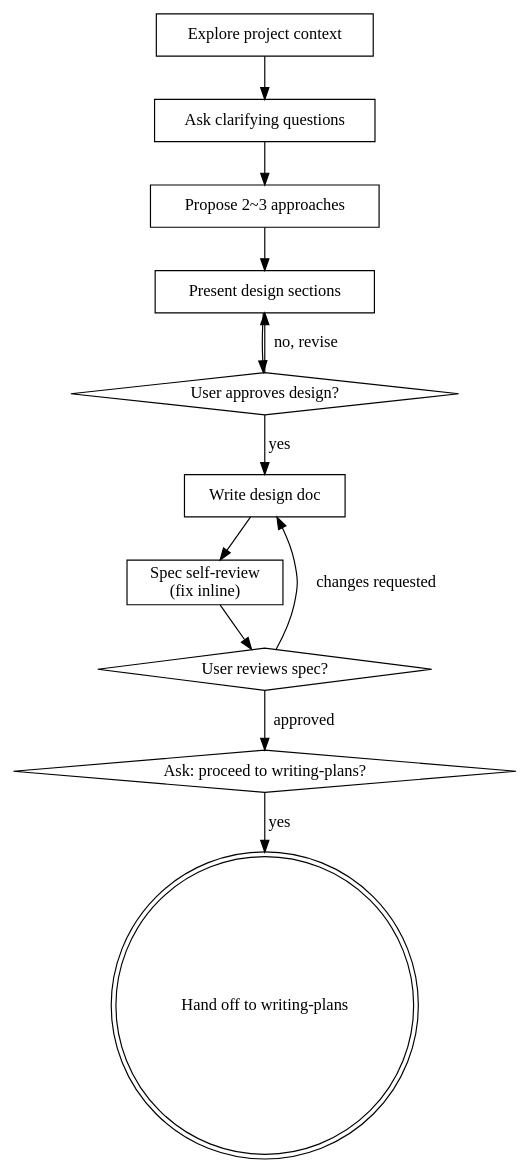
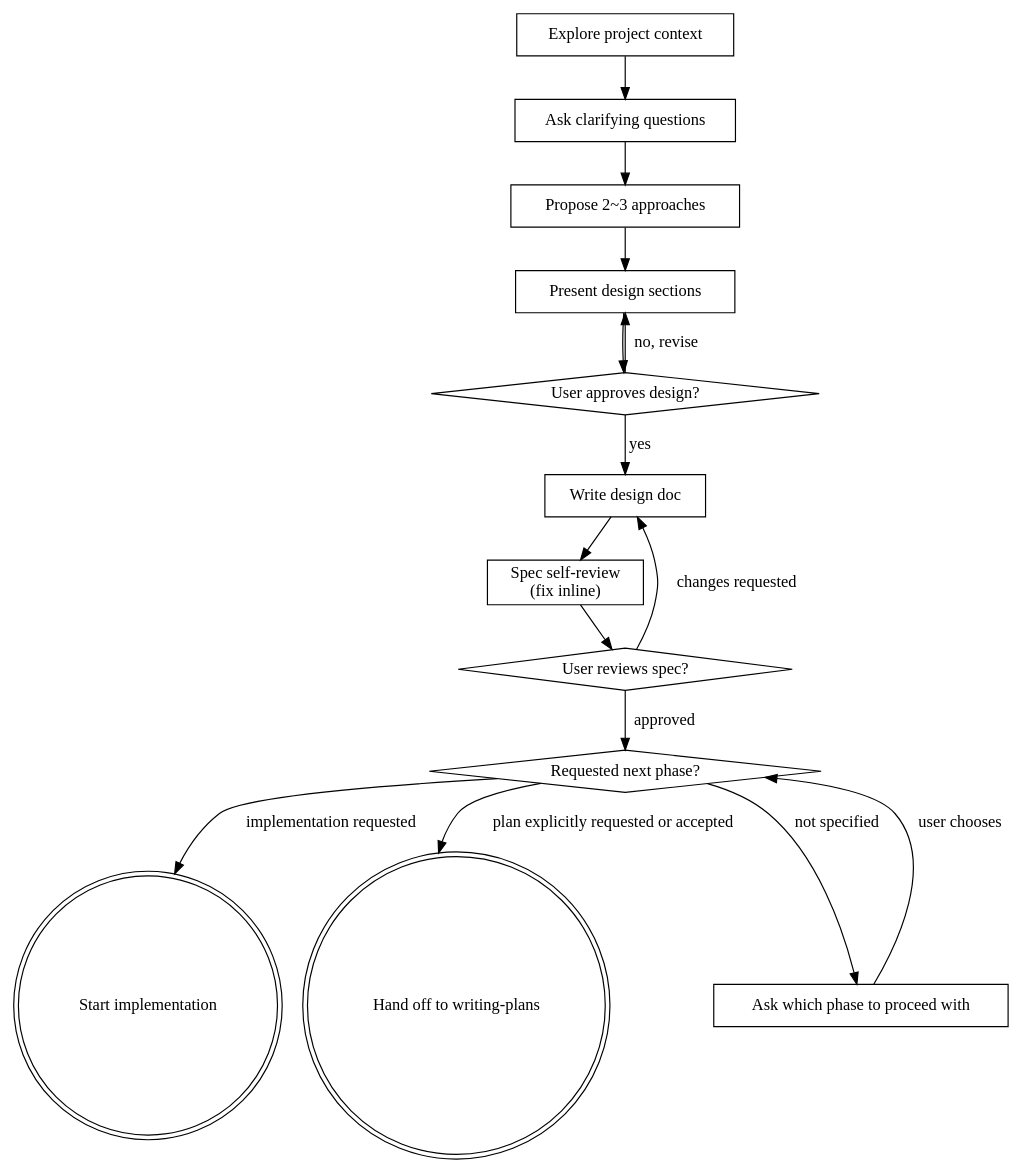
The diagram in agent_settings/skills/brainstorming/SKILL.md (coldmon91/custom4agent), drawn with Graphviz before and after one commit. The commit also changed other lines of this file and 1 other file, not shown here.

Commit message:
Require explicit planning consent before writing implementation plans

````diff
--- a/agent_settings/skills/brainstorming/SKILL.md
+++ b/agent_settings/skills/brainstorming/SKILL.md
@@ -40,26 +42,31 @@
 ```dot
 digraph brainstorming {
     "Explore project context" [shape=box];
     "Ask clarifying questions" [shape=box];
     "Propose 2~3 approaches" [shape=box];
     "Present design sections" [shape=box];
     "User approves design?" [shape=diamond];
     "Write design doc" [shape=box];
     "Spec self-review\n(fix inline)" [shape=box];
     "User reviews spec?" [shape=diamond];
-    "Ask: proceed to writing-plans?" [shape=diamond];
+    "Requested next phase?" [shape=diamond];
+    "Start implementation" [shape=doublecircle];
     "Hand off to writing-plans" [shape=doublecircle];
+    "Ask which phase to proceed with" [shape=box];
 
     "Explore project context" -> "Ask clarifying questions";
     "Ask clarifying questions" -> "Propose 2~3 approaches";
     "Propose 2~3 approaches" -> "Present design sections";
     "Present design sections" -> "User approves design?";
     "User approves design?" -> "Present design sections" [label="no, revise"];
     "User approves design?" -> "Write design doc" [label="yes"];
     "Write design doc" -> "Spec self-review\n(fix inline)";
     "Spec self-review\n(fix inline)" -> "User reviews spec?";
     "User reviews spec?" -> "Write design doc" [label="changes requested"];
-    "User reviews spec?" -> "Ask: proceed to writing-plans?" [label="approved"];
-    "Ask: proceed to writing-plans?" -> "Hand off to writing-plans" [label="yes"];
+    "User reviews spec?" -> "Requested next phase?" [label="approved"];
+    "Requested next phase?" -> "Start implementation" [label="implementation requested"];
+    "Requested next phase?" -> "Hand off to writing-plans" [label="plan explicitly requested or accepted"];
+    "Requested next phase?" -> "Ask which phase to proceed with" [label="not specified"];
+    "Ask which phase to proceed with" -> "Requested next phase?" [label="user chooses"];
 }
 ```
````
